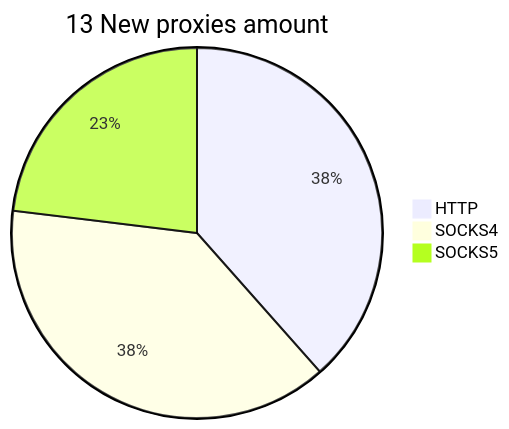
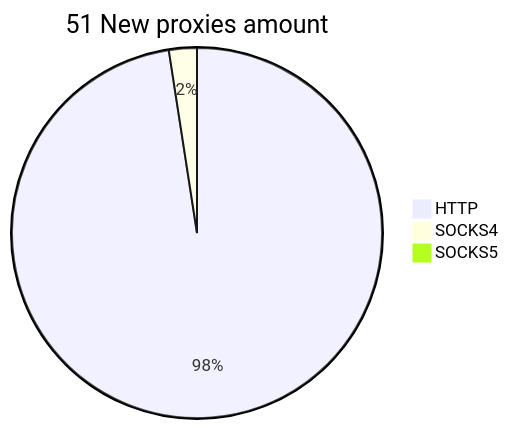
Before and after one commit to cutipu/proxylist: the second of 2 diagrams in README.md, drawn with Mermaid. The commit also changed other lines of this file, not shown here.

````diff
--- a/README.md
+++ b/README.md
@@ -10,6 +10,6 @@
 ```mermaid
-pie title 13 New proxies amount
-    "HTTP" : 5
-    "SOCKS4" : 5
-    "SOCKS5" : 3
+pie title 51 New proxies amount
+    "HTTP" : 80
+    "SOCKS4" : 2
+    "SOCKS5" : 0
 ```
````
